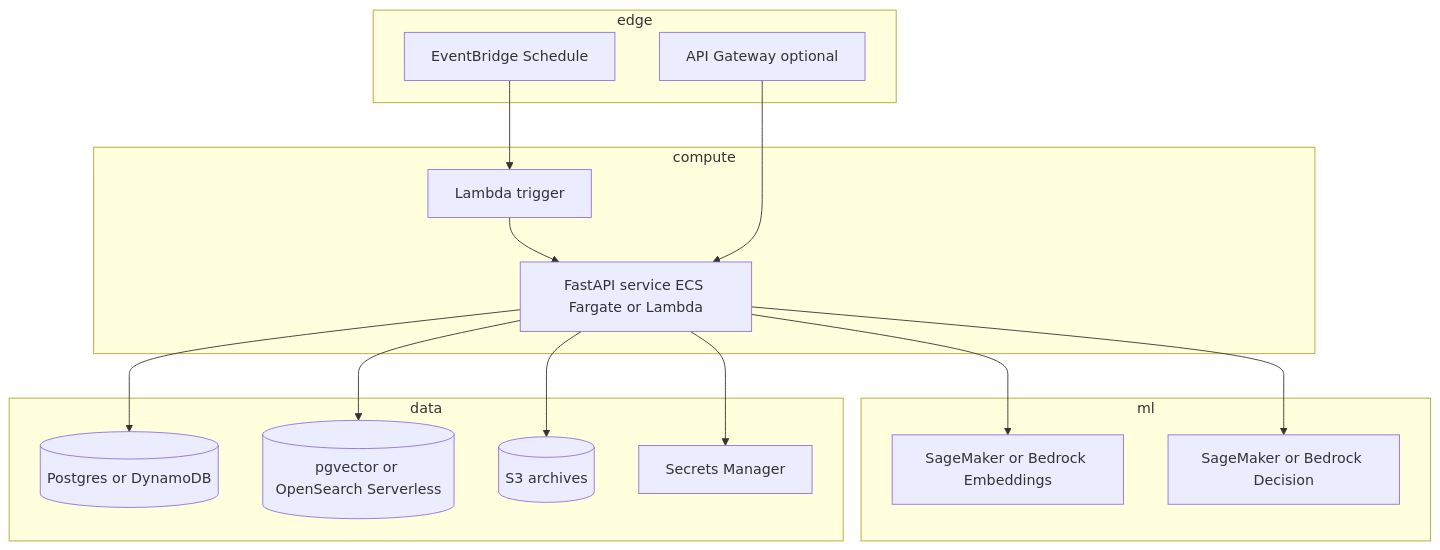
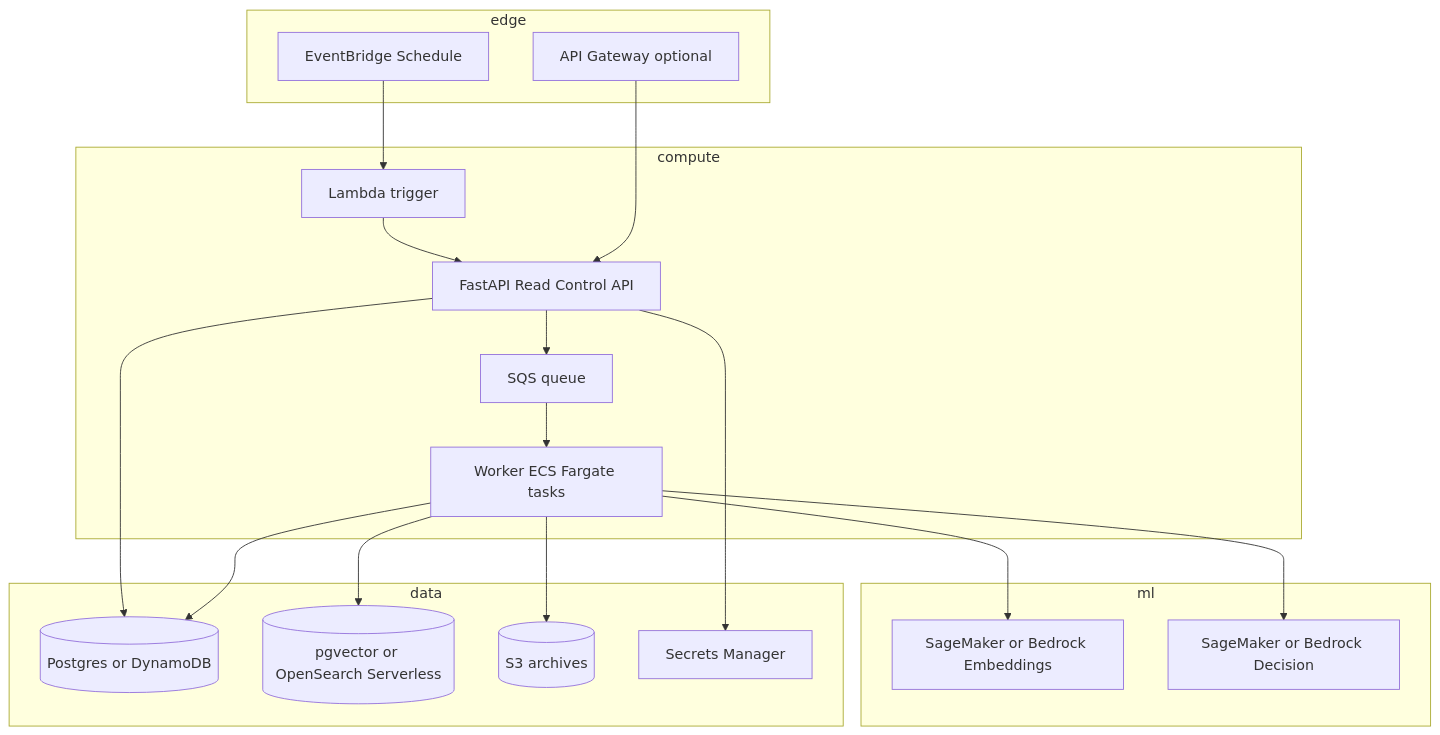
The diagram in docs/platform-breakdown.md (shehan-jayasinghe/ai_trading_bots), drawn with Mermaid before and after one commit. The commit also changed other lines of this file and 19 other files, not shown here.

````diff
--- a/docs/platform-breakdown.md
+++ b/docs/platform-breakdown.md
@@ -145,30 +152,35 @@
 ```mermaid
 flowchart TB
   subgraph edge
     APIGW[API Gateway optional]
     EB[EventBridge Schedule]
   end
   subgraph compute
     L[Lambda trigger]
-    API[FastAPI service ECS Fargate or Lambda]
+    API[FastAPI Read Control API]
+    Q[SQS queue]
+    W[Worker ECS Fargate tasks]
   end
   subgraph ml
     EMB[SageMaker or Bedrock Embeddings]
     DEC[SageMaker or Bedrock Decision]
   end
   subgraph data
     DB[(Postgres or DynamoDB)]
     VDB[(pgvector or OpenSearch Serverless)]
     S3[(S3 archives)]
     SM[Secrets Manager]
   end
   EB --> L
   L --> API
+  API --> Q
+  Q --> W
   APIGW --> API
-  API --> EMB
-  API --> DEC
+  W --> EMB
+  W --> DEC
   API --> DB
-  API --> VDB
-  API --> S3
+  W --> DB
+  W --> VDB
+  W --> S3
   API --> SM
 ```
````
